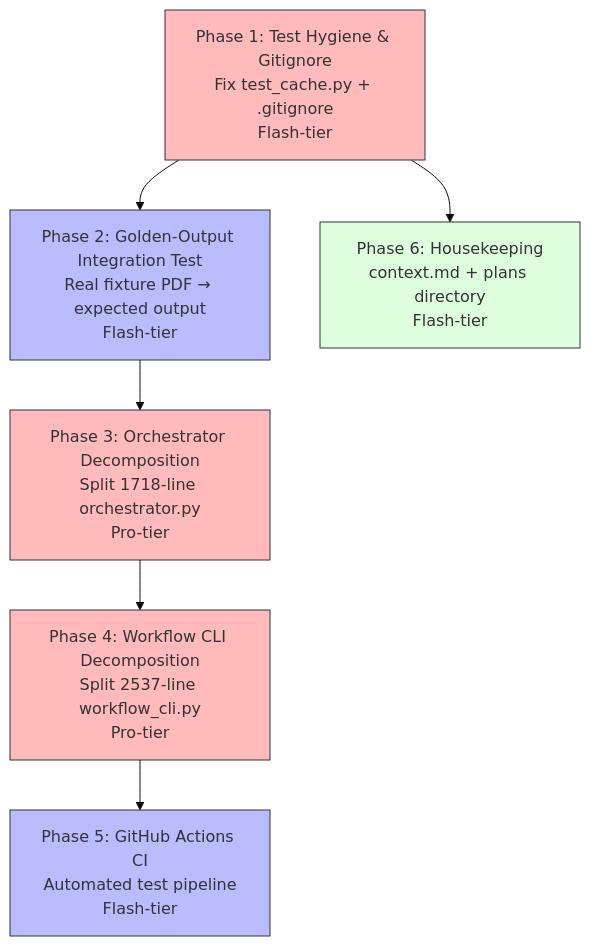
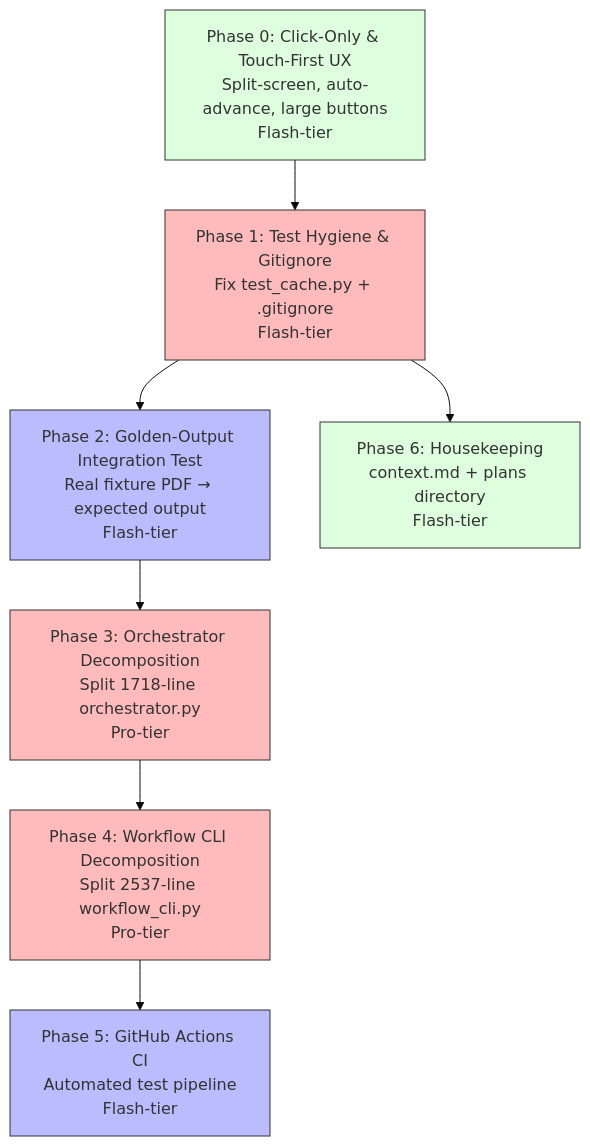
One commit to walshkang/gradeline changed the diagram in docs/plans/stability-decomposition-ci.md. Above: the diagram before and after it, drawn with Mermaid (base theme). The commit also changed other lines of this file and 6 other files, not shown here.

````diff
--- a/docs/plans/stability-decomposition-ci.md
+++ b/docs/plans/stability-decomposition-ci.md
@@ -9,15 +9,17 @@
 ```mermaid
 graph TD
-    P1["Phase 1: Test Hygiene & Gitignore<br>Fix test_cache.py + .gitignore<br>Flash-tier"] --> P2["Phase 2: Golden-Output Integration Test<br>Real fixture PDF → expected output<br>Flash-tier"]
+    P0["Phase 0: Click-Only & Touch-First UX<br>Split-screen, auto-advance, large buttons<br>Flash-tier"] --> P1["Phase 1: Test Hygiene & Gitignore<br>Fix test_cache.py + .gitignore<br>Flash-tier"]
+    P1 --> P2["Phase 2: Golden-Output Integration Test<br>Real fixture PDF → expected output<br>Flash-tier"]
     P2 --> P3["Phase 3: Orchestrator Decomposition<br>Split 1718-line orchestrator.py<br>Pro-tier"]
     P3 --> P4["Phase 4: Workflow CLI Decomposition<br>Split 2537-line workflow_cli.py<br>Pro-tier"]
     P4 --> P5["Phase 5: GitHub Actions CI<br>Automated test pipeline<br>Flash-tier"]
     P1 --> P6["Phase 6: Housekeeping<br>context.md + plans directory<br>Flash-tier"]
 
+    style P0 fill:#dfd,stroke:#333
     style P1 fill:#fbb,stroke:#333
     style P2 fill:#bbf,stroke:#333
     style P3 fill:#fbb,stroke:#333
     style P4 fill:#fbb,stroke:#333
     style P5 fill:#bbf,stroke:#333
     style P6 fill:#dfd,stroke:#333
 ```
````
